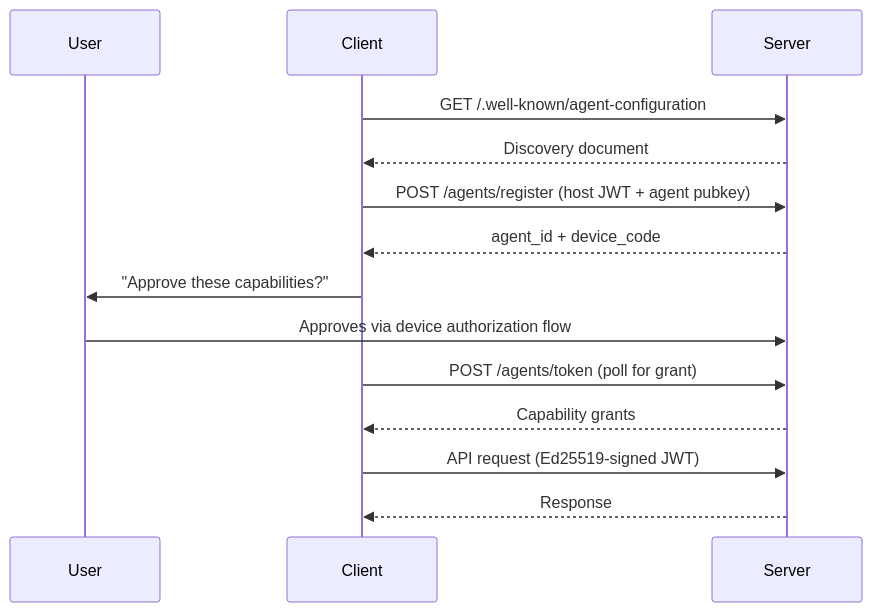
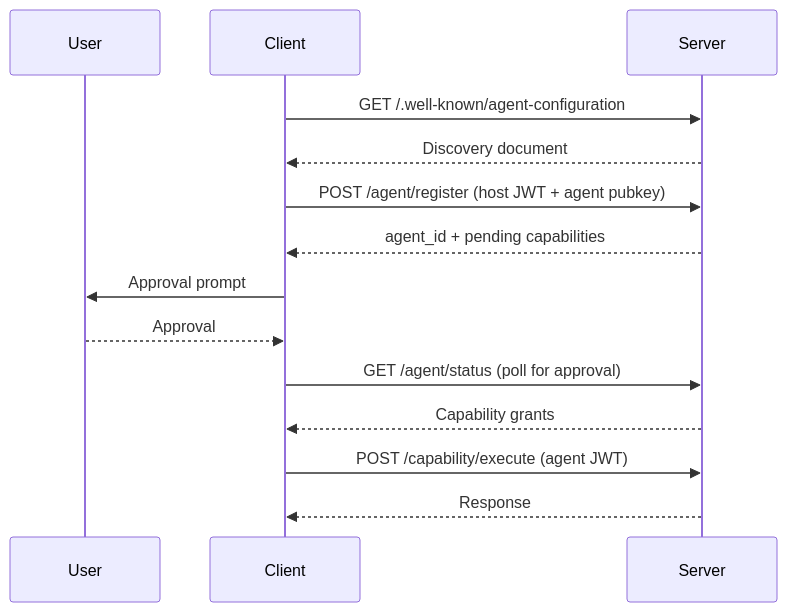
Before and after one commit to better-auth/agent-auth-protocol: the diagram in content/docs/introduction.mdx, drawn with Mermaid. The commit also changed other lines of this file and 1 other file, not shown here.

Commit message:
fix diagrams

````diff
--- a/content/docs/introduction.mdx
+++ b/content/docs/introduction.mdx
@@ -51,21 +51,21 @@
 ```mermaid
 sequenceDiagram
     participant User
     participant Client
     participant Server
 
     Client->>Server: GET /.well-known/agent-configuration
     Server-->>Client: Discovery document
 
-    Client->>Server: POST /agents/register (host JWT + agent pubkey)
-    Server-->>Client: agent_id + device_code
+    Client->>Server: POST /agent/register (host JWT + agent pubkey)
+    Server-->>Client: agent_id + pending capabilities
 
-    Client->>User: "Approve these capabilities?"
-    User->>Server: Approves via device authorization flow
+    Client->>User: Approval prompt
+    User-->>Client: Approval
 
-    Client->>Server: POST /agents/token (poll for grant)
+    Client->>Server: GET /agent/status (poll for approval)
     Server-->>Client: Capability grants
 
-    Client->>Server: API request (Ed25519-signed JWT)
+    Client->>Server: POST /capability/execute (agent JWT)
     Server-->>Client: Response
 ```
````
